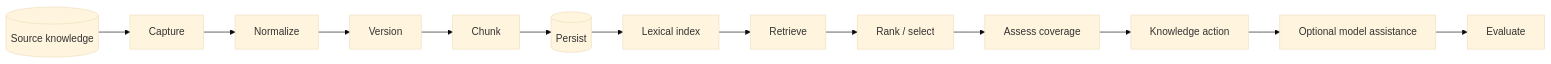
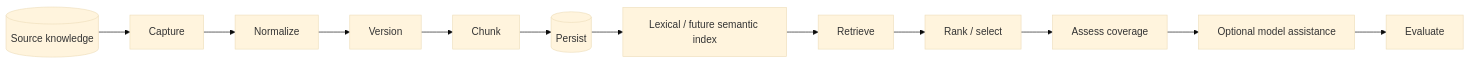
The first of 6 diagrams in docs/architecture/RAG_ARCHITECTURE.md (kumarchandansingh/tropos), drawn with Mermaid (base theme) before and after one commit. The commit also changed other lines of this file and 9 other files, not shown here.

````diff
--- a/docs/architecture/RAG_ARCHITECTURE.md
+++ b/docs/architecture/RAG_ARCHITECTURE.md
@@ -7,16 +7,15 @@
 ```mermaid
 flowchart LR
     S[(Source knowledge)]
     --> R[Capture]
     --> N[Normalize]
     --> V[Version]
     --> C[Chunk]
     --> P[(Persist)]
-    --> I[Lexical index]
+    --> I[Lexical / future semantic index]
     --> Q[Retrieve]
     --> K[Rank / select]
     --> A[Assess coverage]
-    --> D[Knowledge action]
     --> G[Optional model assistance]
     --> E[Evaluate]
 ```
````
